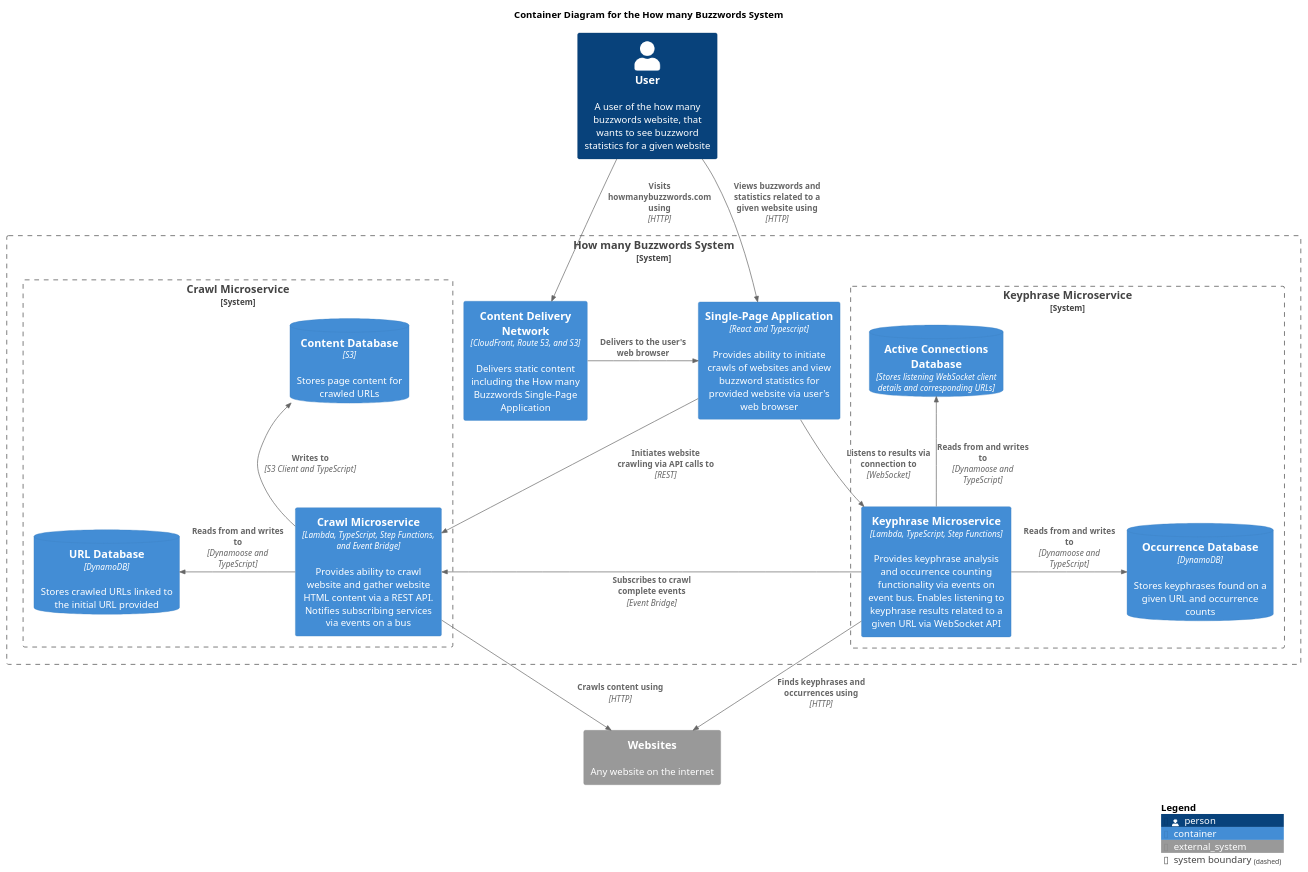
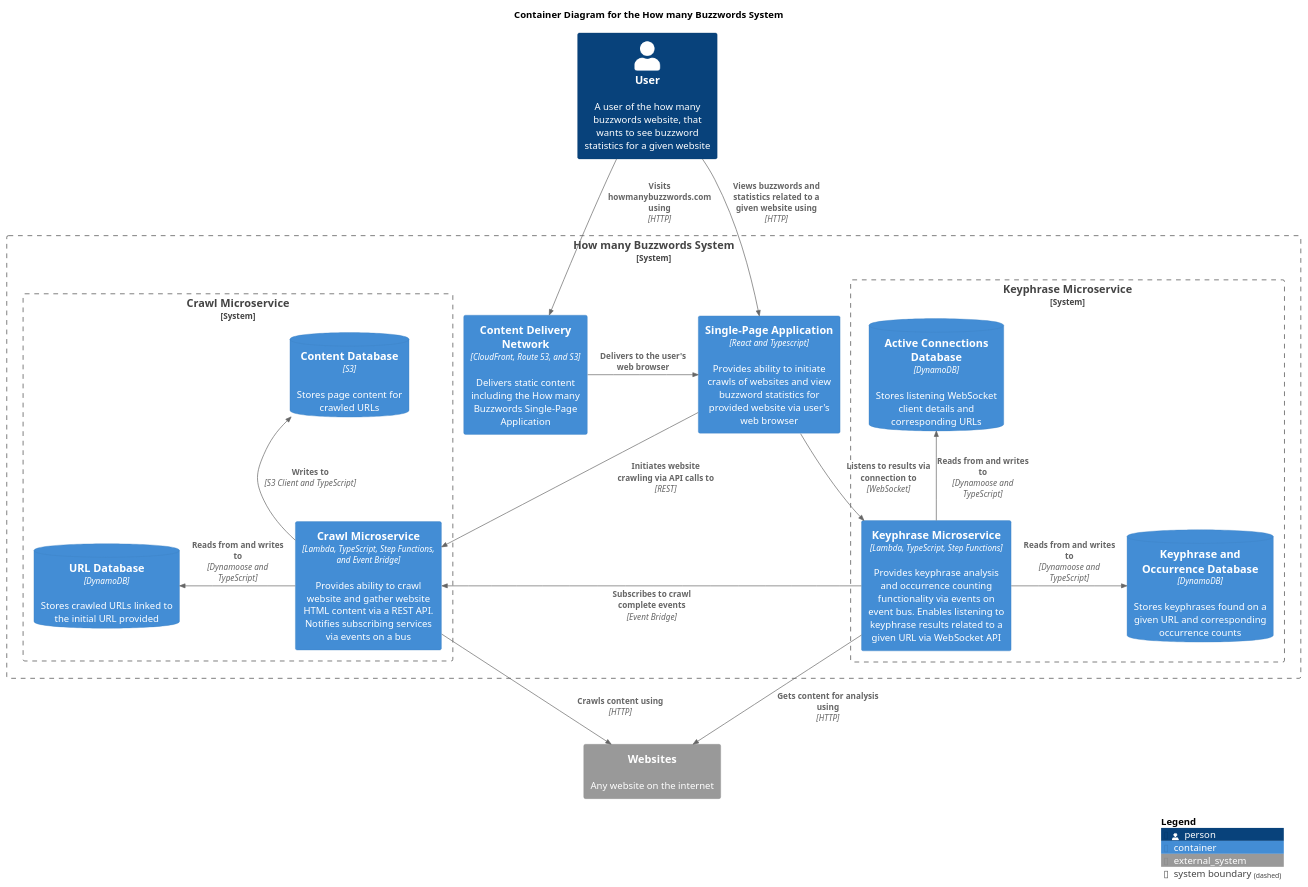
The diagram in docs/c4-diagrams/buzzword-c4-container.puml (ashley-evans/how-many-buzzwords), drawn with PlantUML before and after one commit. The commit also changed 2 other files, not shown here.

Commit message:
Add component diagram for keyphrase microservice
Update crawl microservice component diagram to remove duplicate reference to ts
Update container diagram to match language used in component diagram for keyphrase microservice

```diff
--- a/docs/c4-diagrams/buzzword-c4-container.puml
+++ b/docs/c4-diagrams/buzzword-c4-container.puml
@@ -1,46 +1,46 @@
 @startuml Buzzword C4 Container Diagram
 
 !include https://raw.githubusercontent.com/plantuml-stdlib/C4-PlantUML/master/C4_Container.puml
 
 title Container Diagram for the How many Buzzwords System
 
 Person(user, "User", "A user of the how many buzzwords website, that wants to see buzzword statistics for a given website")
 System_Boundary(buzzword_system, "How many Buzzwords System") {
     Container(content_delivery_network, "Content Delivery Network", "CloudFront, Route 53, and S3", $descr="Delivers static content including the How many Buzzwords Single-Page Application")
     Container(single_page_application, "Single-Page Application", "React and Typescript", $descr="Provides ability to initiate crawls of websites and view buzzword statistics for provided website via user's web browser")
 
     System_Boundary(crawl_microservice_boundary, "Crawl Microservice") {
-        Container(crawl_microservice, "Crawl Microservice", "Lambda, TypeScript, Step Functions, and Event Bridge", $descr="Provides ability to crawl website and gather website HTML content via a REST API. Notifies subscribing services via events on a bus", "")
+        Container(crawl_microservice, "Crawl Microservice", "Lambda, TypeScript, Step Functions, and Event Bridge", $descr="Provides ability to crawl website and gather website HTML content via a REST API. Notifies subscribing services via events on a bus")
         ContainerDb(crawl_url_db, "URL Database", "DynamoDB", $descr="Stores crawled URLs linked to the initial URL provided")
         ContainerDb(crawl_content_db, "Content Database", "S3", $descr="Stores page content for crawled URLs")
     }
 
     System_Boundary(keyphrase_microservice_boundary, "Keyphrase Microservice") {
         Container(keyphrase_microservice, "Keyphrase Microservice", "Lambda, TypeScript, Step Functions", "Provides keyphrase analysis and occurrence counting functionality via events on event bus. Enables listening to keyphrase results related to a given URL via WebSocket API")
-        ContainerDb(occurrence_db, "Occurrence Database", "DynamoDB", "Stores keyphrases found on a given URL and occurrence counts")
-        ContainerDb(active_connections_db, "Active Connections Database", "Stores listening WebSocket client details and corresponding URLs")
+        ContainerDb(keyphrase_db, "Keyphrase and Occurrence Database", "DynamoDB", "Stores keyphrases found on a given URL and corresponding occurrence counts")
+        ContainerDb(active_connections_db, "Active Connections Database", "DynamoDB", "Stores listening WebSocket client details and corresponding URLs")
     }
 }
 
 System_Ext(websites, "Websites", "Any website on the internet")
 
 Rel(user, content_delivery_network, "Visits howmanybuzzwords.com using", "HTTP")
 Rel(user, single_page_application, "Views buzzwords and statistics related to a given website using", "HTTP")
 
 Rel_R(content_delivery_network, single_page_application, "Delivers to the user's web browser")
 
 Rel(single_page_application, crawl_microservice, "Initiates website crawling via API calls to", "REST")
 Rel(single_page_application, keyphrase_microservice, "Listens to results via connection to", "WebSocket")
 
 Rel_L(crawl_microservice, crawl_url_db, "Reads from and writes to", "Dynamoose and TypeScript")
 Rel_U(crawl_microservice, crawl_content_db, "Writes to", "S3 Client and TypeScript")
 Rel(crawl_microservice, websites, "Crawls content using", "HTTP")
 
-Rel_R(keyphrase_microservice, occurrence_db, "Reads from and writes to", "Dynamoose and TypeScript")
+Rel_R(keyphrase_microservice, keyphrase_db, "Reads from and writes to", "Dynamoose and TypeScript")
 Rel_U(keyphrase_microservice, active_connections_db, "Reads from and writes to", "Dynamoose and TypeScript")
 Rel_L(keyphrase_microservice, crawl_microservice, "Subscribes to crawl complete events", "Event Bridge")
-Rel(keyphrase_microservice, websites, "Finds keyphrases and occurrences using", "HTTP")
+Rel(keyphrase_microservice, websites, "Gets content for analysis using", "HTTP")
 
 SHOW_LEGEND()
 
 @enduml
```
